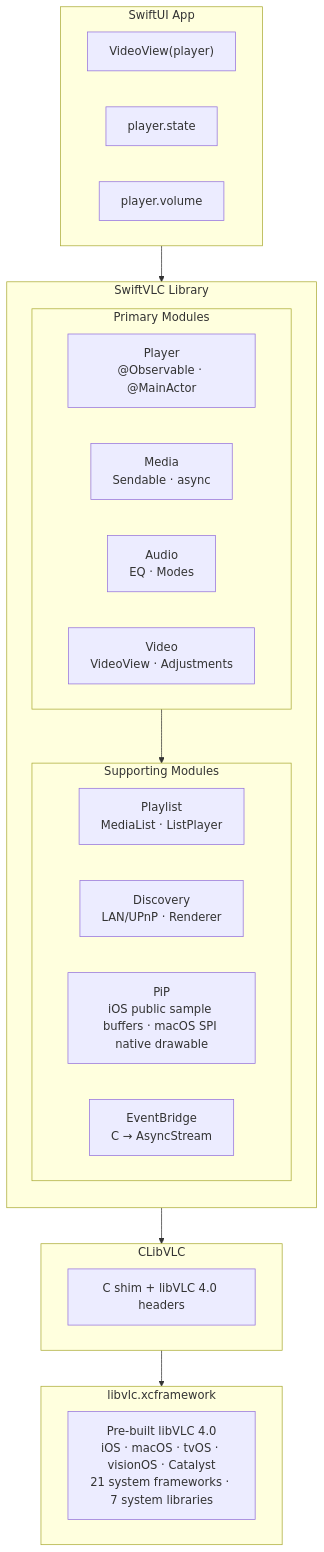
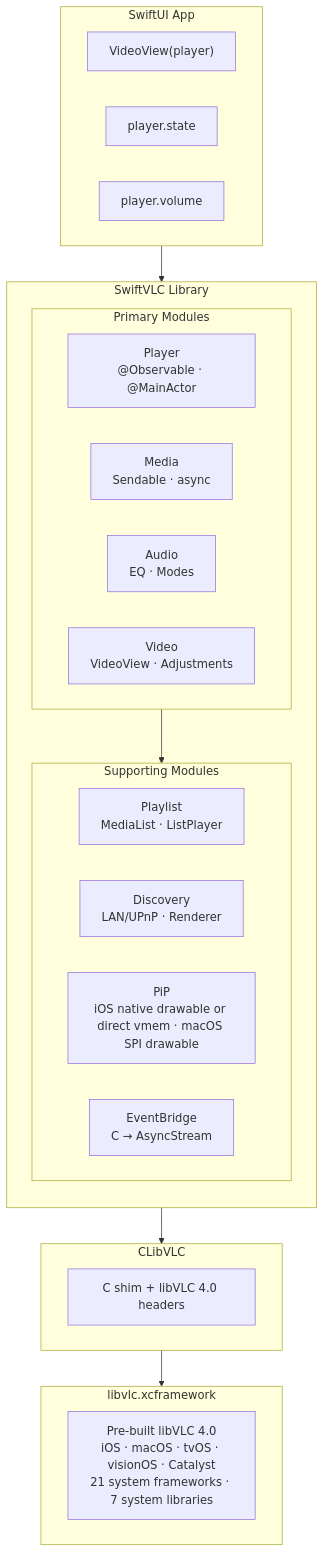
One commit to harflabs/SwiftVLC changed the first of 7 diagrams in ARCHITECTURE.md. Above: the diagram before and after it, drawn with Mermaid. The commit also changed other lines of this file and 104 other files, not shown here.

````diff
--- a/ARCHITECTURE.md
+++ b/ARCHITECTURE.md
@@ -32,37 +32,37 @@
 ```mermaid
 flowchart TB
     subgraph App["SwiftUI App"]
         VV["VideoView(player)"]
         PS["player.state"]
         PV["player.volume"]
     end
 
     subgraph SwiftVLC["SwiftVLC Library"]
         direction TB
         subgraph Top["Primary Modules"]
             Player["Player<br/>@Observable · @MainActor"]
             Media["Media<br/>Sendable · async"]
             Audio["Audio<br/>EQ · Modes"]
             Video["Video<br/>VideoView · Adjustments"]
         end
         subgraph Bottom["Supporting Modules"]
             Playlist["Playlist<br/>MediaList · ListPlayer"]
             Discovery["Discovery<br/>LAN/UPnP · Renderer"]
-            PiP["PiP<br/>iOS public sample buffers · macOS SPI native drawable"]
+            PiP["PiP<br/>iOS native drawable or direct vmem · macOS SPI drawable"]
             EventBridge["EventBridge<br/>C → AsyncStream"]
         end
     end
 
     subgraph CLibVLC["CLibVLC"]
         Shim["C shim + libVLC 4.0 headers"]
     end
 
     subgraph XCF["libvlc.xcframework"]
         Binary["Pre-built libVLC 4.0<br/>iOS · macOS · tvOS · visionOS · Catalyst<br/>21 system frameworks · 7 system libraries"]
     end
 
     App --> SwiftVLC
     Top --> Bottom
     SwiftVLC --> CLibVLC
     CLibVLC --> XCF
 ```
````
